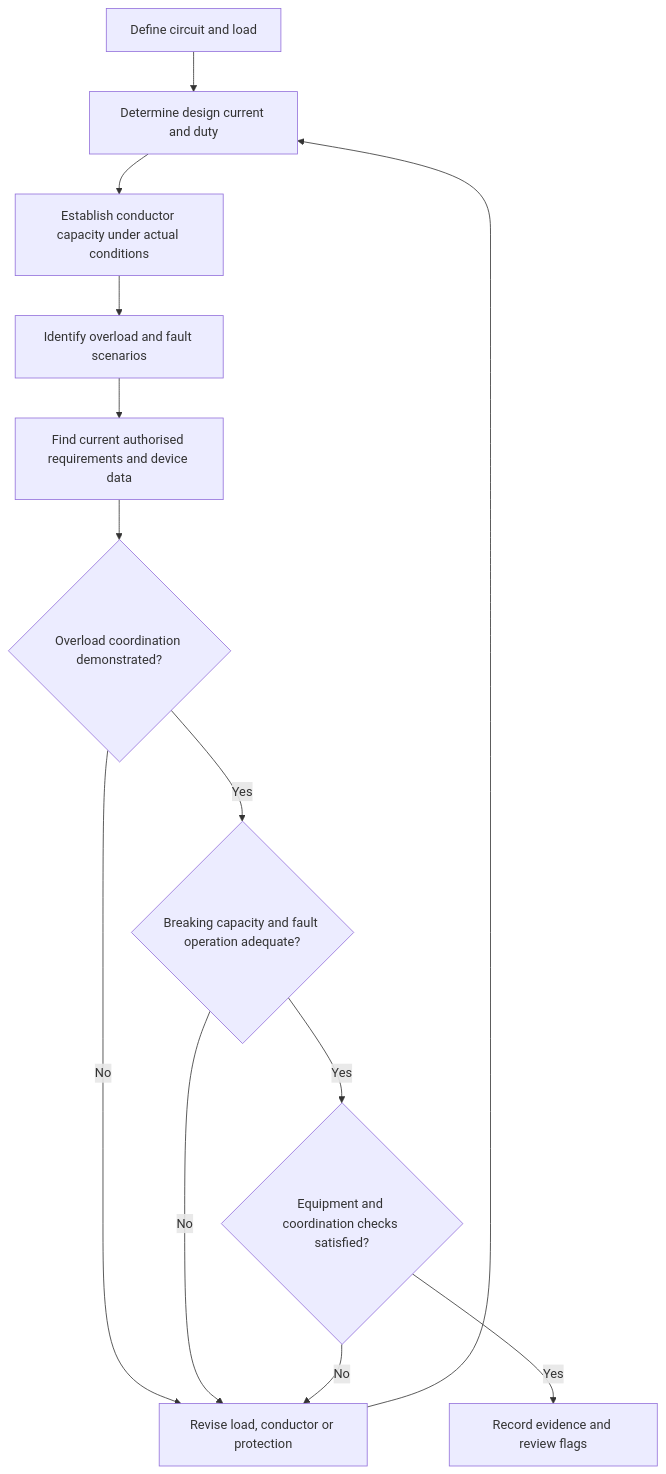
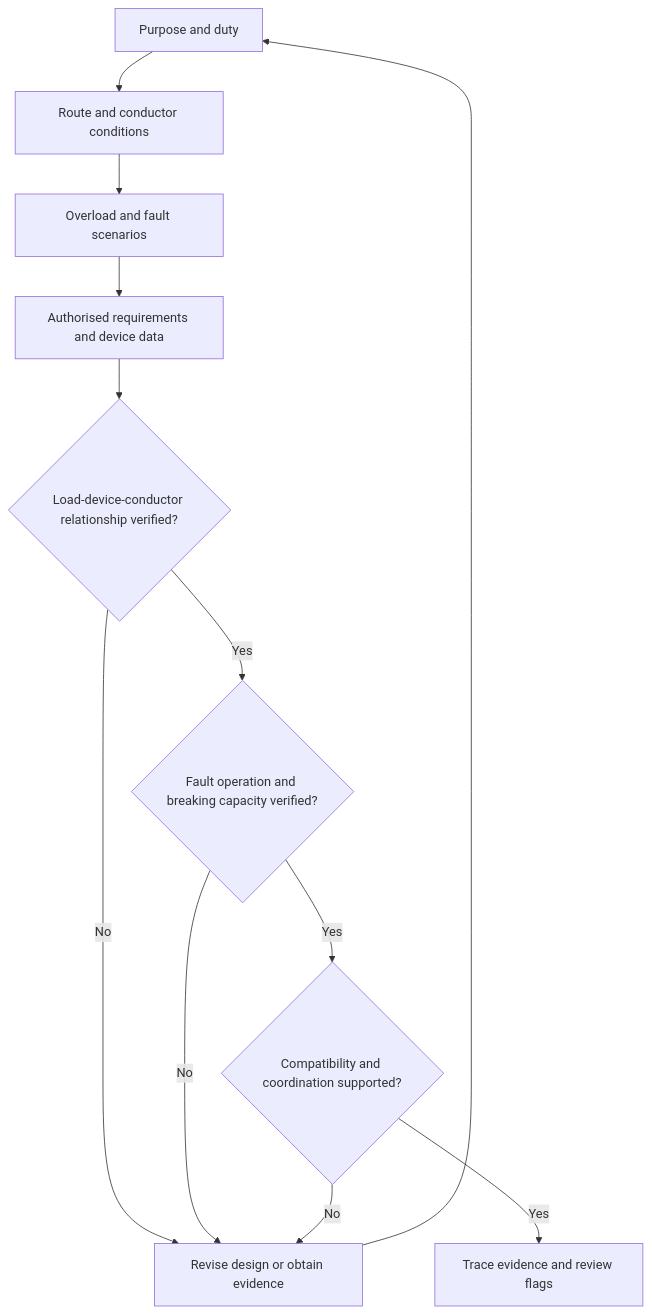
The first of 2 diagrams in docs/learning-plans/4-week/modules/day-03-overcurrent-protection.md (andrew3stedall/capstone), drawn with Mermaid before and after one commit. The commit also changed other lines of this file, not shown here.

Commit message:
Improve Day 3 overcurrent protection module

````diff
--- a/docs/learning-plans/4-week/modules/day-03-overcurrent-protection.md
+++ b/docs/learning-plans/4-week/modules/day-03-overcurrent-protection.md
@@ -161,15 +154,14 @@
 ```mermaid
 flowchart TD
-    A["Define circuit and load"] --> B["Determine design current and duty"]
-    B --> C["Establish conductor capacity under actual conditions"]
-    C --> D["Identify overload and fault scenarios"]
-    D --> E["Find current authorised requirements and device data"]
-    E --> F{"Overload coordination demonstrated?"}
-    F -->|"No"| G["Revise load, conductor or protection"]
-    F -->|"Yes"| H{"Breaking capacity and fault operation adequate?"}
-    H -->|"No"| G
-    H -->|"Yes"| I{"Equipment and coordination checks satisfied?"}
-    I -->|"No"| G
-    I -->|"Yes"| J["Record evidence and review flags"]
-    G --> B
+    A[Purpose and duty] --> B[Route and conductor conditions]
+    B --> C[Overload and fault scenarios]
+    C --> D[Authorised requirements and device data]
+    D --> E{Load-device-conductor relationship verified?}
+    E -->|No| X[Revise design or obtain evidence]
+    E -->|Yes| F{Fault operation and breaking capacity verified?}
+    F -->|No| X
+    F -->|Yes| G{Compatibility and coordination supported?}
+    G -->|No| X
+    G -->|Yes| H[Trace evidence and review flags]
+    X --> A
 ```
````
